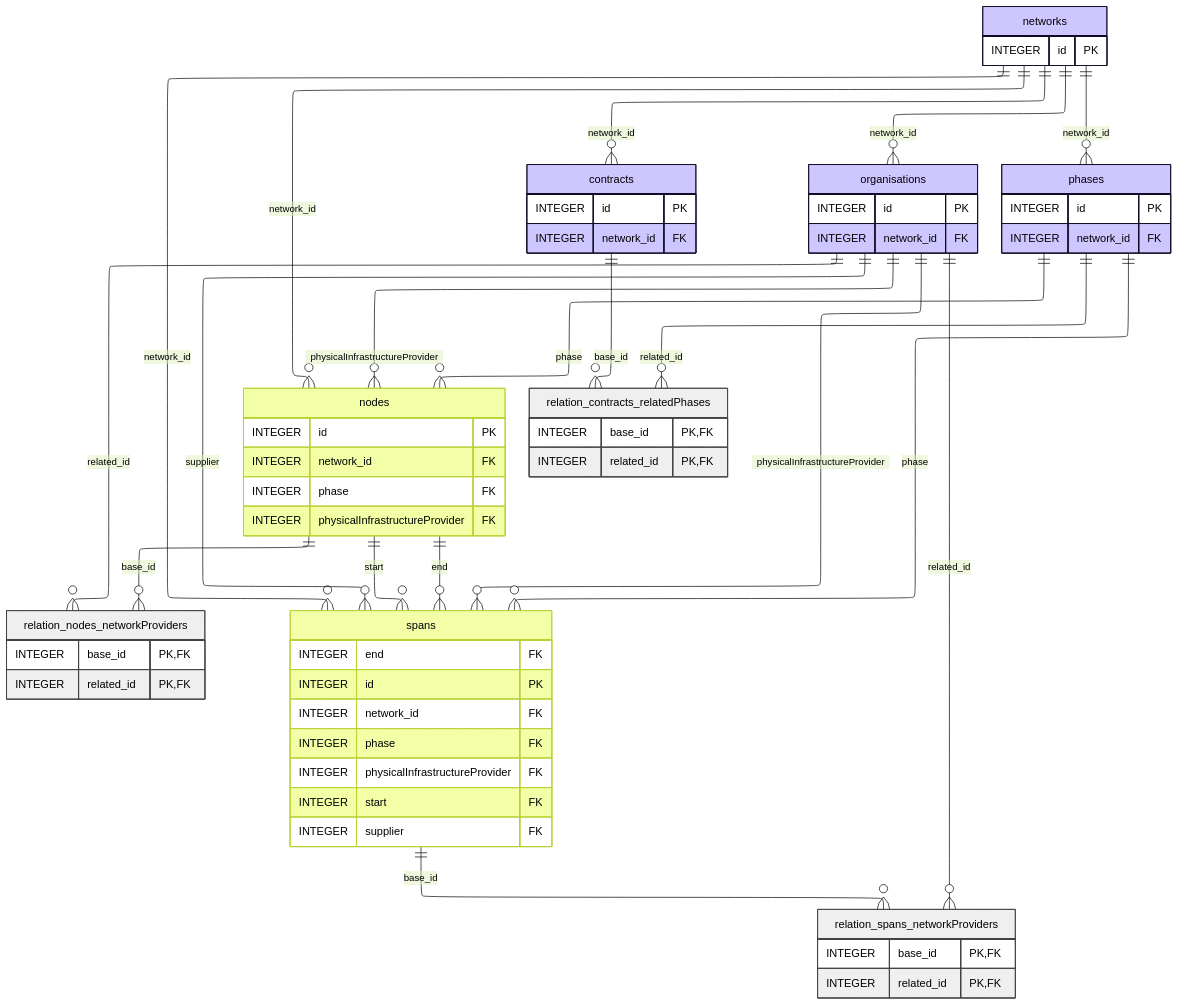
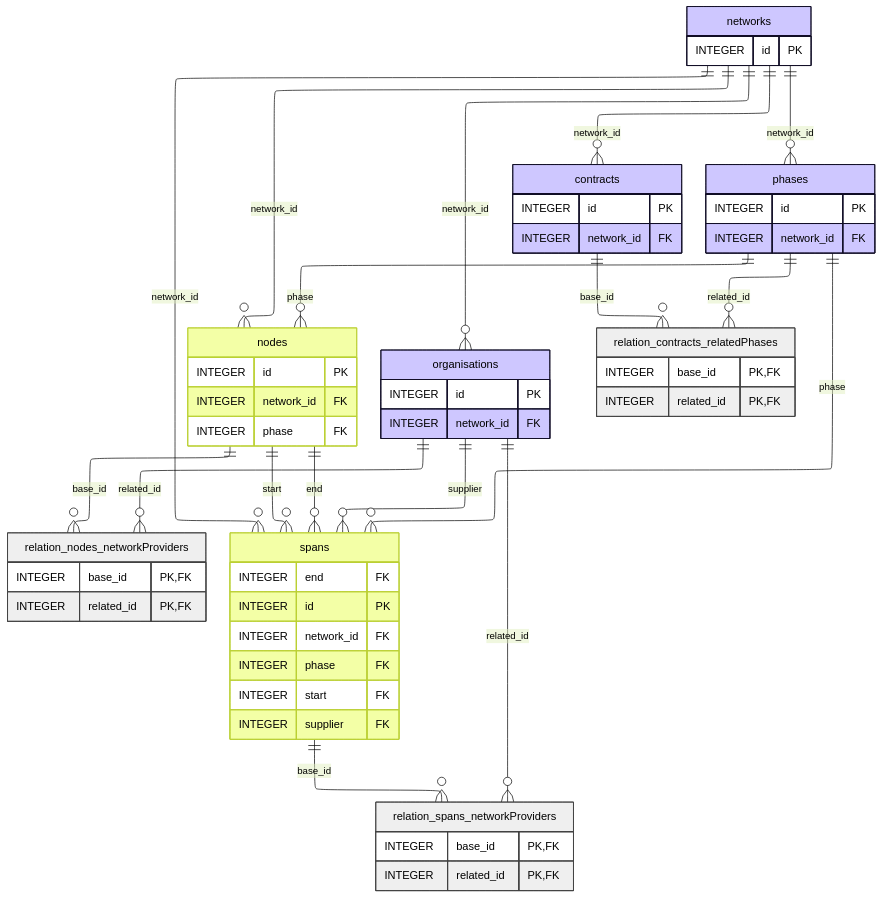
Before and after one commit to Open-Telecoms-Data/open-fibre-data-standard: the diagram in docs/reference/publication_formats/geopackage/geopackage.mmd, drawn with Mermaid (forest theme). The commit also changed 11 other files, not shown here.

Commit message:
Update reference docs and examples to reflect schema changes

```diff
--- a/docs/reference/publication_formats/geopackage/geopackage.mmd
+++ b/docs/reference/publication_formats/geopackage/geopackage.mmd
@@ -1,83 +1,79 @@
 ---
 config:
   layout: elk
 ---
 erDiagram
     contracts {
         INTEGER id PK 
         INTEGER network_id FK 
     }
 
     networks {
         INTEGER id PK 
     }
 
     nodes {
         INTEGER id PK 
         INTEGER network_id FK 
         INTEGER phase FK 
-        INTEGER physicalInfrastructureProvider FK 
     }
 
     organisations {
         INTEGER id PK 
         INTEGER network_id FK 
     }
 
     phases {
         INTEGER id PK 
         INTEGER network_id FK 
     }
 
     relation_contracts_relatedPhases {
         INTEGER base_id PK,FK 
         INTEGER related_id PK,FK 
     }
 
     relation_nodes_networkProviders {
         INTEGER base_id PK,FK 
         INTEGER related_id PK,FK 
     }
 
     relation_spans_networkProviders {
         INTEGER base_id PK,FK 
         INTEGER related_id PK,FK 
     }
 
     spans {
         INTEGER end FK 
         INTEGER id PK 
         INTEGER network_id FK 
         INTEGER phase FK 
-        INTEGER physicalInfrastructureProvider FK 
         INTEGER start FK 
         INTEGER supplier FK 
     }
 
     contracts }o--|| networks : "network_id"
     relation_contracts_relatedPhases }o--|| contracts : "base_id"
     nodes }o--|| networks : "network_id"
     organisations }o--|| networks : "network_id"
     phases }o--|| networks : "network_id"
     spans }o--|| networks : "network_id"
-    nodes }o--|| organisations : "physicalInfrastructureProvider"
     nodes }o--|| phases : "phase"
     relation_nodes_networkProviders }o--|| nodes : "base_id"
     spans }o--|| nodes : "end"
     spans }o--|| nodes : "start"
     relation_nodes_networkProviders }o--|| organisations : "related_id"
     relation_spans_networkProviders }o--|| organisations : "related_id"
-    spans }o--|| organisations : "physicalInfrastructureProvider"
     spans }o--|| organisations : "supplier"
     relation_contracts_relatedPhases }o--|| phases : "related_id"
     spans }o--|| phases : "phase"
     relation_spans_networkProviders }o--|| spans : "base_id"
 
     classDef feature fill:#f3ffa6ff,stroke:#bbd034
     classDef attribute fill:#cec7ffff,stroke:#110e27
     classDef mapping fill:#efefefff,stroke:#434343ff
 
     class nodes,spans feature
     class networks,organisations,phases,contracts attribute
     class relation_contracts_relatedPhases,relation_spans_networkProviders,relation_nodes_networkProviders mapping
     direction BT
```
